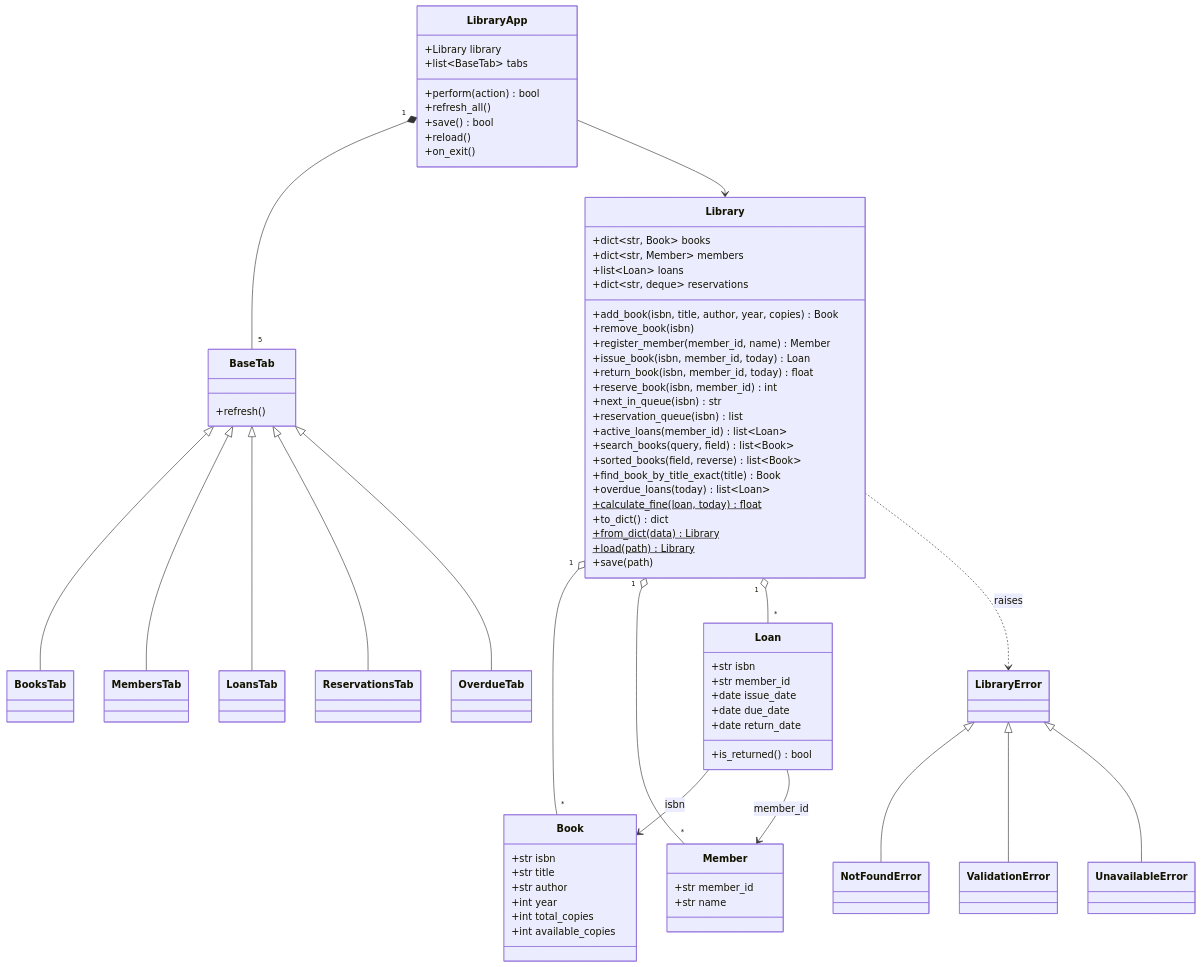
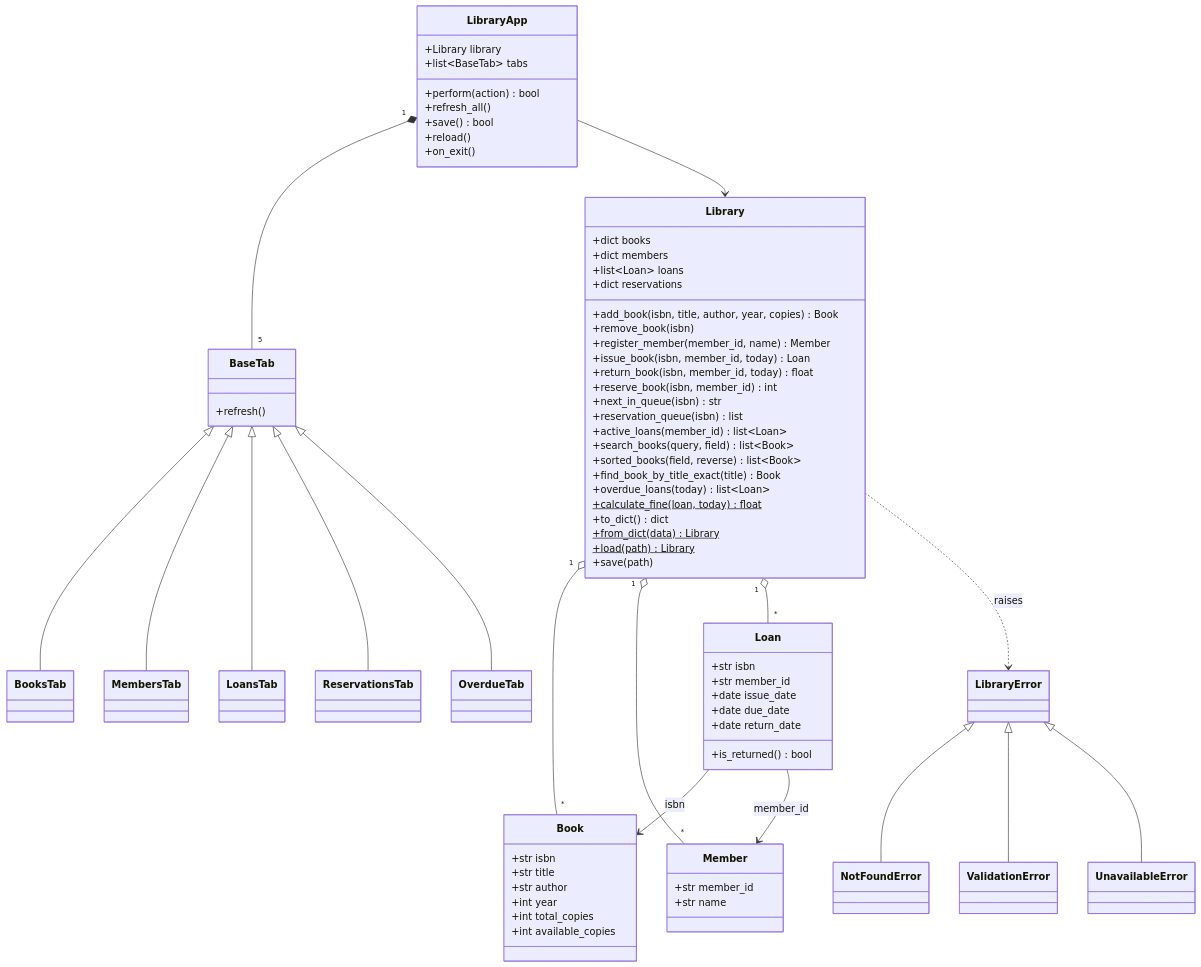
One commit to DevUmar59/library-manager changed the second of 2 diagrams in docs/design.md. Above: the diagram before and after it, drawn with Mermaid.

Commit message:
Simplify class diagram types so Mermaid renders them on GitHub

````diff
--- a/docs/design.md
+++ b/docs/design.md
@@ -44,80 +44,80 @@
 ```mermaid
 classDiagram
     class Library {
-        +dict~str, Book~ books
-        +dict~str, Member~ members
+        +dict books
+        +dict members
         +list~Loan~ loans
-        +dict~str, deque~ reservations
+        +dict reservations
         +add_book(isbn, title, author, year, copies) Book
         +remove_book(isbn)
         +register_member(member_id, name) Member
         +issue_book(isbn, member_id, today) Loan
         +return_book(isbn, member_id, today) float
         +reserve_book(isbn, member_id) int
         +next_in_queue(isbn) str
         +reservation_queue(isbn) list
         +active_loans(member_id) list~Loan~
         +search_books(query, field) list~Book~
         +sorted_books(field, reverse) list~Book~
         +find_book_by_title_exact(title) Book
         +overdue_loans(today) list~Loan~
         +calculate_fine(loan, today)$ float
         +to_dict() dict
         +from_dict(data)$ Library
         +load(path)$ Library
         +save(path)
     }
     class Book {
         +str isbn
         +str title
         +str author
         +int year
         +int total_copies
         +int available_copies
     }
     class Member {
         +str member_id
         +str name
     }
     class Loan {
         +str isbn
         +str member_id
         +date issue_date
         +date due_date
         +date return_date
         +is_returned() bool
     }
     class LibraryError
     class NotFoundError
     class ValidationError
     class UnavailableError
     LibraryError <|-- NotFoundError
     LibraryError <|-- ValidationError
     LibraryError <|-- UnavailableError
     Library "1" o-- "*" Book
     Library "1" o-- "*" Member
     Library "1" o-- "*" Loan
     Loan --> Book : isbn
     Loan --> Member : member_id
     Library ..> LibraryError : raises
 
     class LibraryApp {
         +Library library
         +list~BaseTab~ tabs
         +perform(action) bool
         +refresh_all()
         +save() bool
         +reload()
         +on_exit()
     }
     class BaseTab {
         +refresh()
     }
     LibraryApp "1" *-- "5" BaseTab
     BaseTab <|-- BooksTab
     BaseTab <|-- MembersTab
     BaseTab <|-- LoansTab
     BaseTab <|-- ReservationsTab
     BaseTab <|-- OverdueTab
     LibraryApp --> Library
 ```
````
